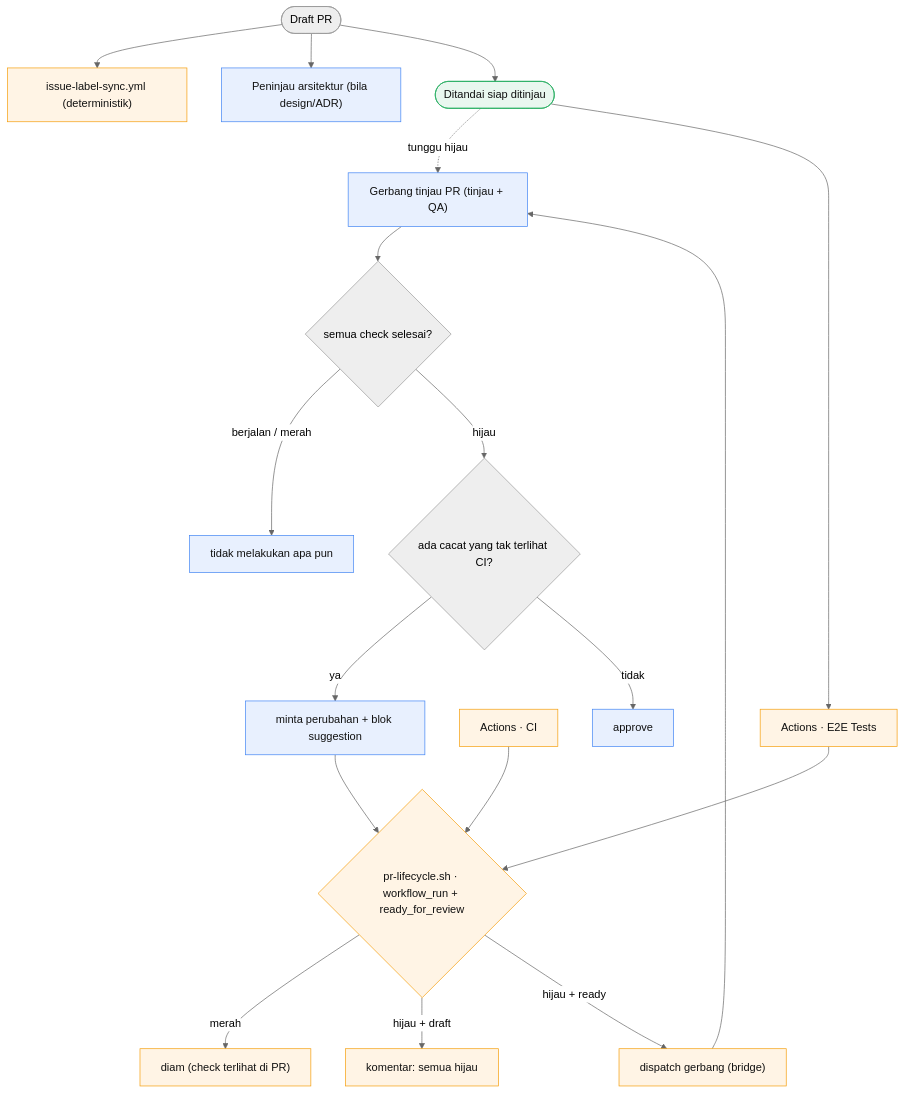
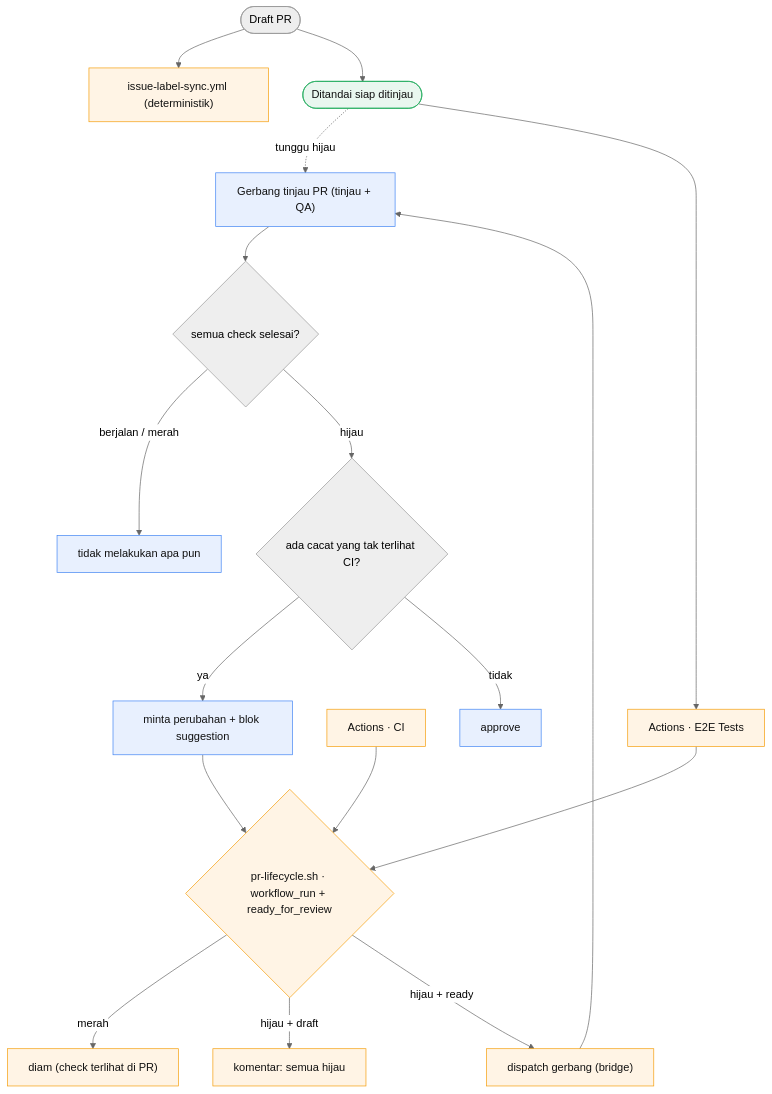
The fourth of 6 diagrams in docs/SDLC-FLOW.md (cipansor/cipansor), drawn with Mermaid (neutral theme) before and after one commit. The commit also changed other lines of this file and 6 other files, not shown here.

````diff
--- a/docs/SDLC-FLOW.md
+++ b/docs/SDLC-FLOW.md
@@ -573,26 +572,25 @@
 ```mermaid
 flowchart TD
   classDef cloud fill:#e8f0fe,stroke:#4285f4,color:#111;
   classDef gh fill:#fff4e5,stroke:#f59e0b,color:#111;
   classDef human fill:#e9f7ef,stroke:#27ae60,color:#111;
 
   DPR([Draft PR]) --> C17["issue-label-sync.yml (deterministik)"]:::gh
-  DPR --> C4["Peninjau arsitektur (bila design/ADR)"]:::cloud
   DPR --> RDY(["Ditandai siap ditinjau"]):::human
 
   RDY -. "tunggu hijau" .-> C18["Gerbang tinjau PR (tinjau + QA)"]:::cloud
   RDY --> E2E["Actions · E2E Tests"]:::gh
   CI["Actions · CI"]:::gh --> LC
 
   E2E --> LC{"pr-lifecycle.sh · workflow_run + ready_for_review"}:::gh
   LC -- merah --> RQ["diam (check terlihat di PR)"]:::gh
   LC -- "hijau + draft" --> GC["komentar: semua hijau"]:::gh
   LC -- "hijau + ready" --> DISP["dispatch gerbang (bridge)"]:::gh --> C18
 
   C18 --> DEC{"semua check selesai?"}
   DEC -- "berjalan / merah" --> STOP["tidak melakukan apa pun"]:::cloud
   DEC -- hijau --> REV{"ada cacat yang tak terlihat CI?"}
   REV -- ya --> RC["minta perubahan + blok suggestion"]:::cloud
   REV -- tidak --> APP["approve"]:::cloud
   RC --> LC
 ```
````
